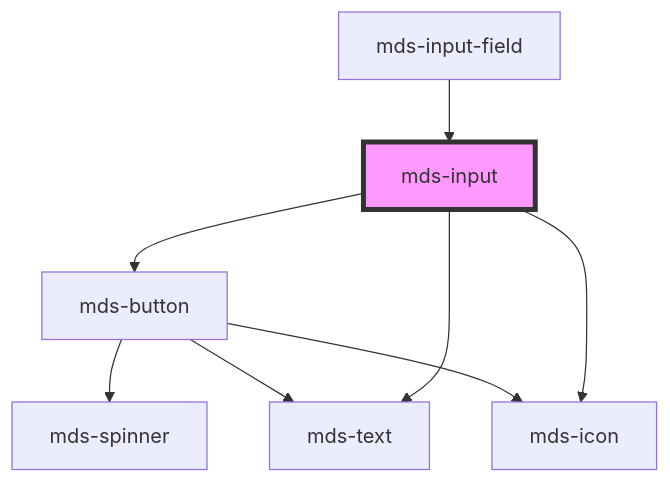
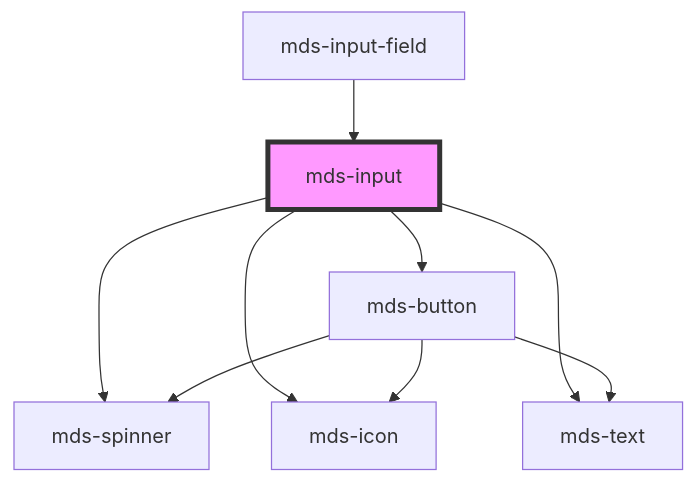
Before and after one commit to magma-design-system/magma: the diagram in projects/stencil/src/components/mds-input/readme.md, drawn with Mermaid. The commit also changed other lines of this file and 6 other files, not shown here.

Commit message:
feat(mds-input): add await attribute

````diff
--- a/projects/stencil/src/components/mds-input/readme.md
+++ b/projects/stencil/src/components/mds-input/readme.md
@@ -114,11 +116,12 @@
 ```mermaid
 graph TD;
   mds-input --> mds-button
   mds-input --> mds-text
   mds-input --> mds-icon
+  mds-input --> mds-spinner
   mds-button --> mds-spinner
   mds-button --> mds-icon
   mds-button --> mds-text
   mds-input-field --> mds-input
   style mds-input fill:#f9f,stroke:#333,stroke-width:4px
 ```
````
